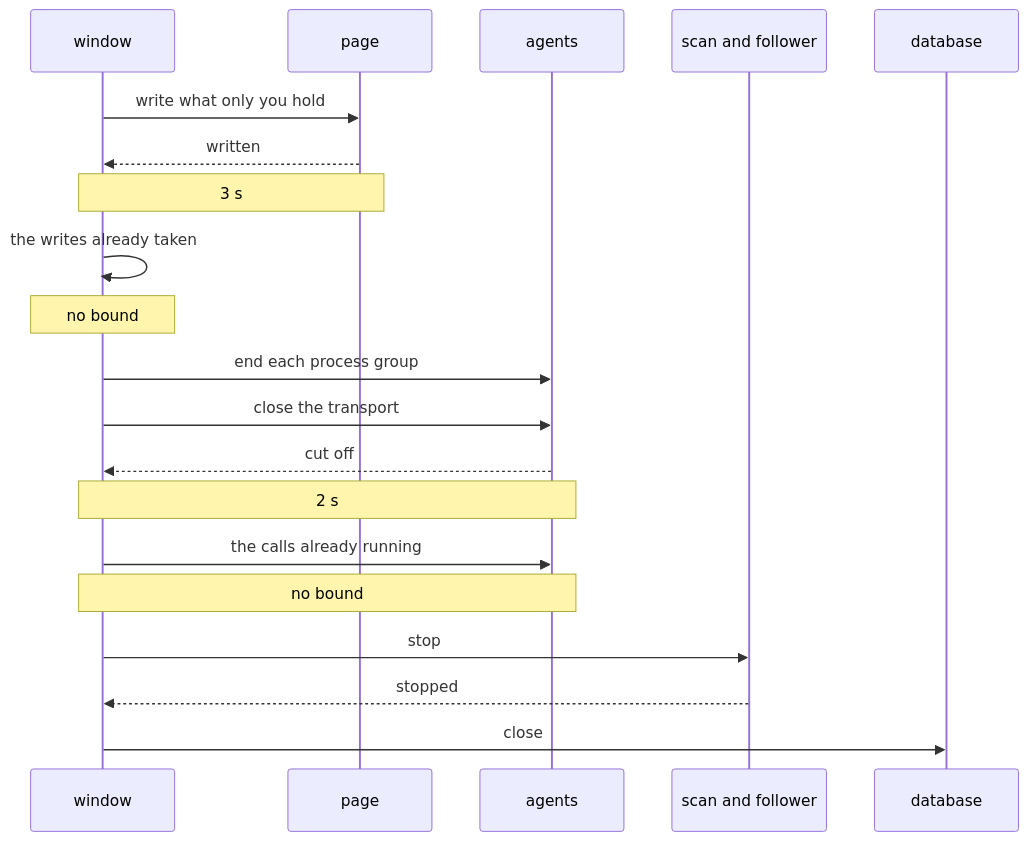
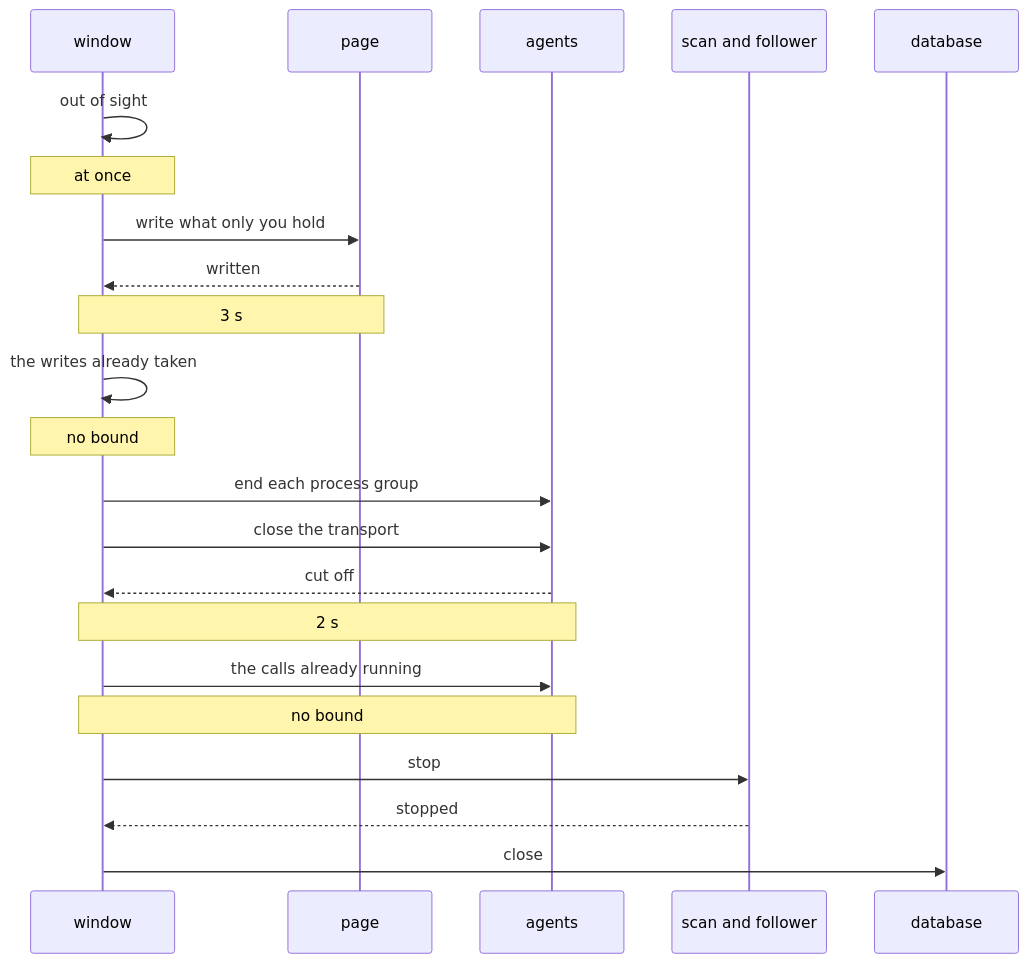
One commit to jiva-studio/numen changed the diagram in docs/adr/0020-one-process-one-lifetime.md. Above: the diagram before and after it, drawn with Mermaid. The commit also changed other lines of this file and 2 other files, not shown here.

First line of the commit message:
fix(desktop): the window goes out of sight the moment it is asked to

````diff
--- a/docs/adr/0020-one-process-one-lifetime.md
+++ b/docs/adr/0020-one-process-one-lifetime.md
@@ -34,23 +34,25 @@
 ```mermaid
 sequenceDiagram
     participant W as window
     participant P as page
     participant A as agents
     participant S as scan and follower
     participant D as database
 
+    W->>W: out of sight
+    Note over W: at once
     W->>P: write what only you hold
     P-->>W: written
     Note over W,P: 3 s
     W->>W: the writes already taken
     Note over W: no bound
     W->>A: end each process group
     W->>A: close the transport
     A-->>W: cut off
     Note over W,A: 2 s
     W->>A: the calls already running
     Note over W,A: no bound
     W->>S: stop
     S-->>W: stopped
     W->>D: close
 ```
````
